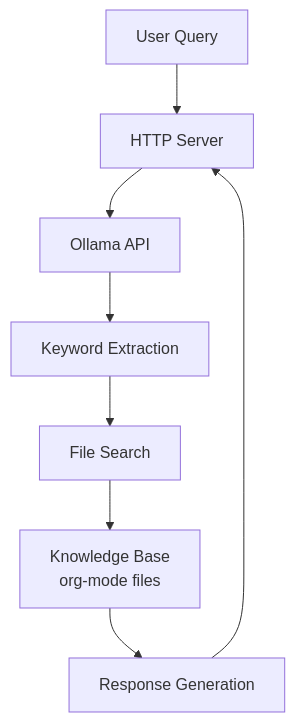
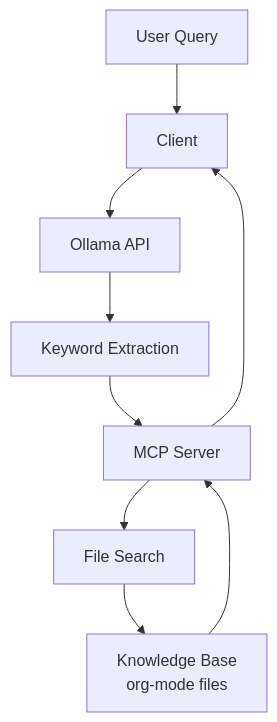
The first of 2 diagrams in DESIGN.md (xorphitus/brain), drawn with Mermaid before and after one commit. The commit also changed other lines of this file, not shown here.

Commit message:
docs: update system design documentation to reflect client and MCP server integration

````diff
--- a/DESIGN.md
+++ b/DESIGN.md
@@ -8,10 +8,11 @@
 ```mermaid
 graph TD
-    A[User Query] --> B[HTTP Server]
+    A[User Query] --> B[Client]
     B --> C[Ollama API]
     C --> D[Keyword Extraction]
-    D --> E[File Search]
-    E --> F[Knowledge Base<br/>org-mode files]
-    F --> G[Response Generation]
-    G --> B
+    D --> E[MCP Server]
+    E --> F[File Search]
+    F --> G[Knowledge Base<br/>org-mode files]
+    G --> E
+    E --> B
 ```
````
